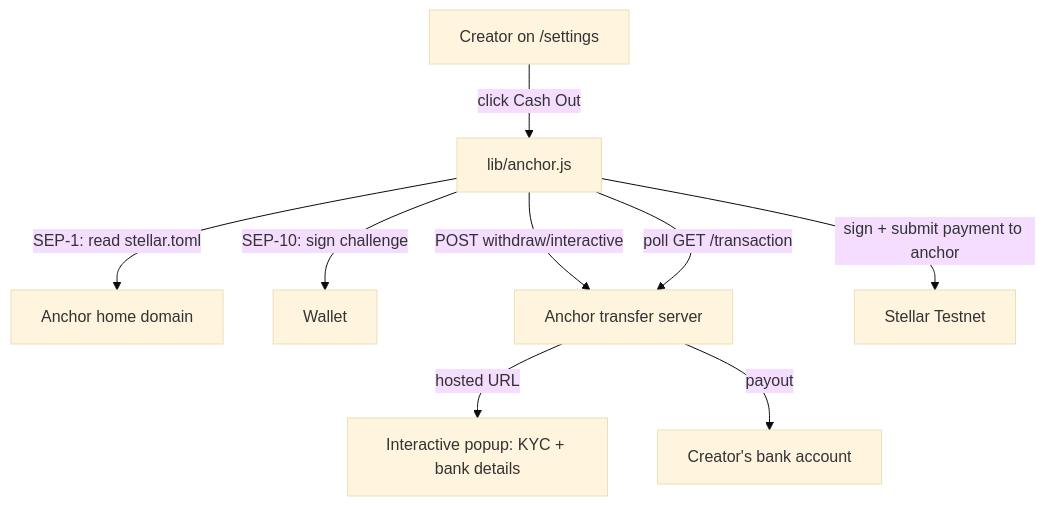
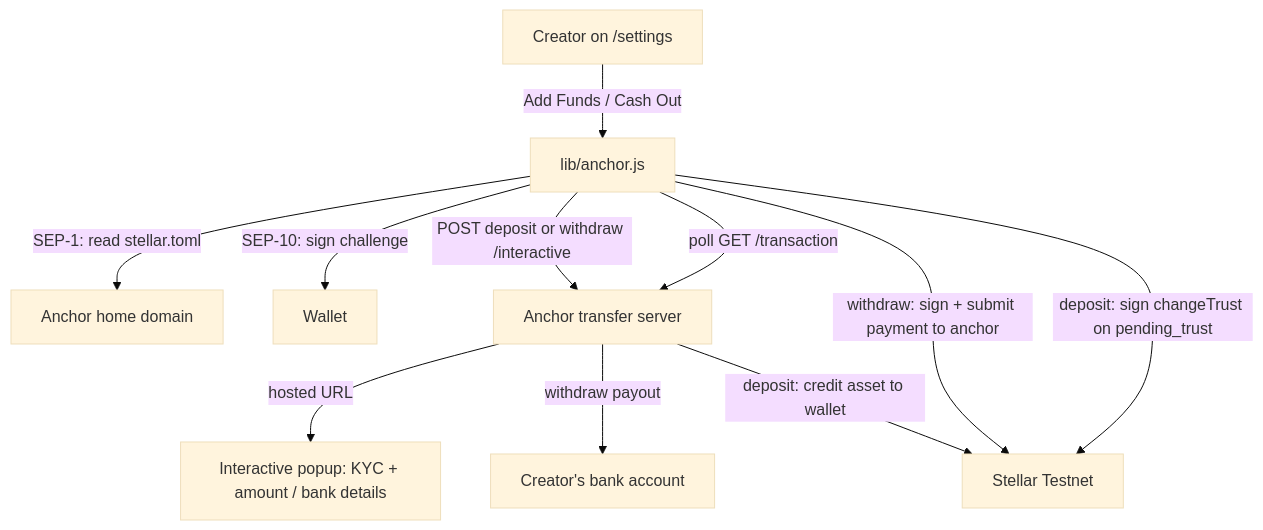
The second of 2 diagrams in docs/architecture.md (sammajayi/support-me), drawn with Mermaid (base theme) before and after one commit. The commit also changed other lines of this file and 28 other files, not shown here.

````diff
--- a/docs/architecture.md
+++ b/docs/architecture.md
@@ -119,11 +119,13 @@
 ```mermaid
 flowchart TD
-  A[Creator on /settings] -->|click Cash Out| B[lib/anchor.js]
+  A[Creator on /settings] -->|Add Funds / Cash Out| B[lib/anchor.js]
   B -->|SEP-1: read stellar.toml| C[Anchor home domain]
   B -->|SEP-10: sign challenge| D[Wallet]
-  B -->|POST withdraw/interactive| E[Anchor transfer server]
-  E -->|hosted URL| F[Interactive popup: KYC + bank details]
+  B -->|POST deposit or withdraw /interactive| E[Anchor transfer server]
+  E -->|hosted URL| F[Interactive popup: KYC + amount / bank details]
   B -->|poll GET /transaction| E
-  B -->|sign + submit payment to anchor| G[Stellar Testnet]
-  E -->|payout| H[Creator's bank account]
+  B -->|withdraw: sign + submit payment to anchor| G[Stellar Testnet]
+  B -->|deposit: sign changeTrust on pending_trust| G
+  E -->|withdraw payout| H[Creator's bank account]
+  E -->|deposit: credit asset to wallet| G
 ```
````
